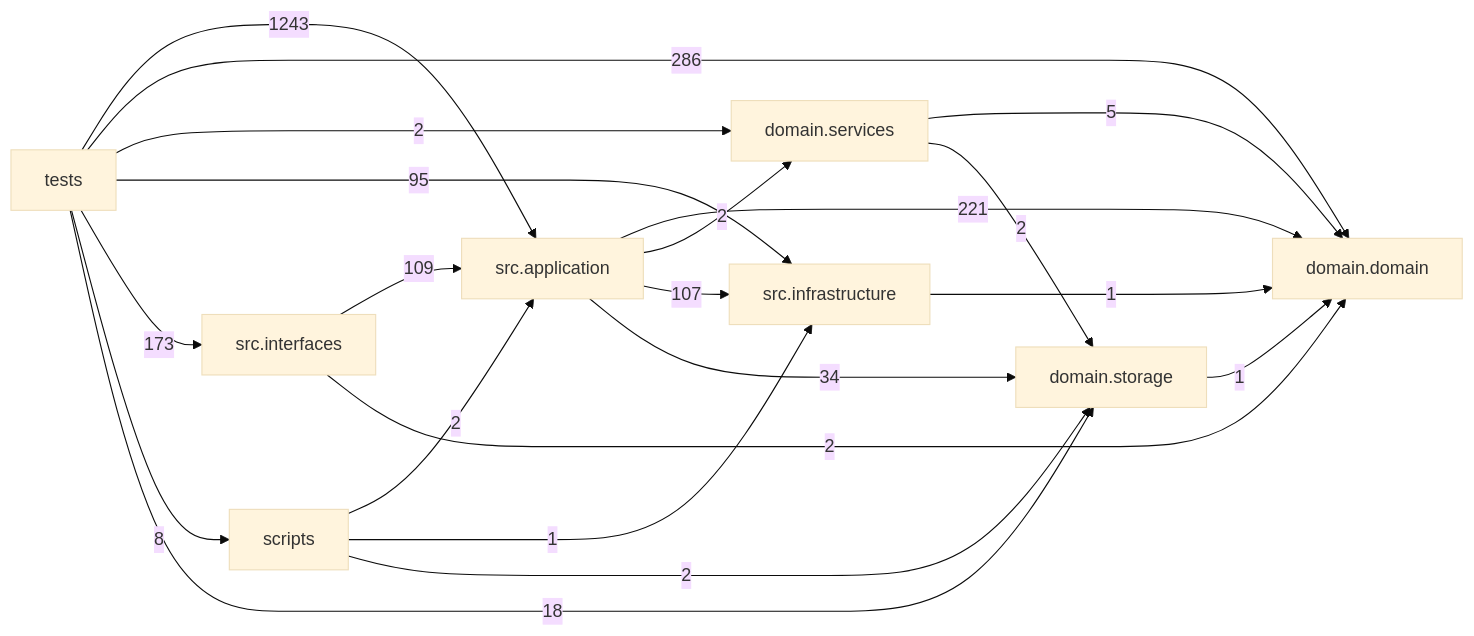
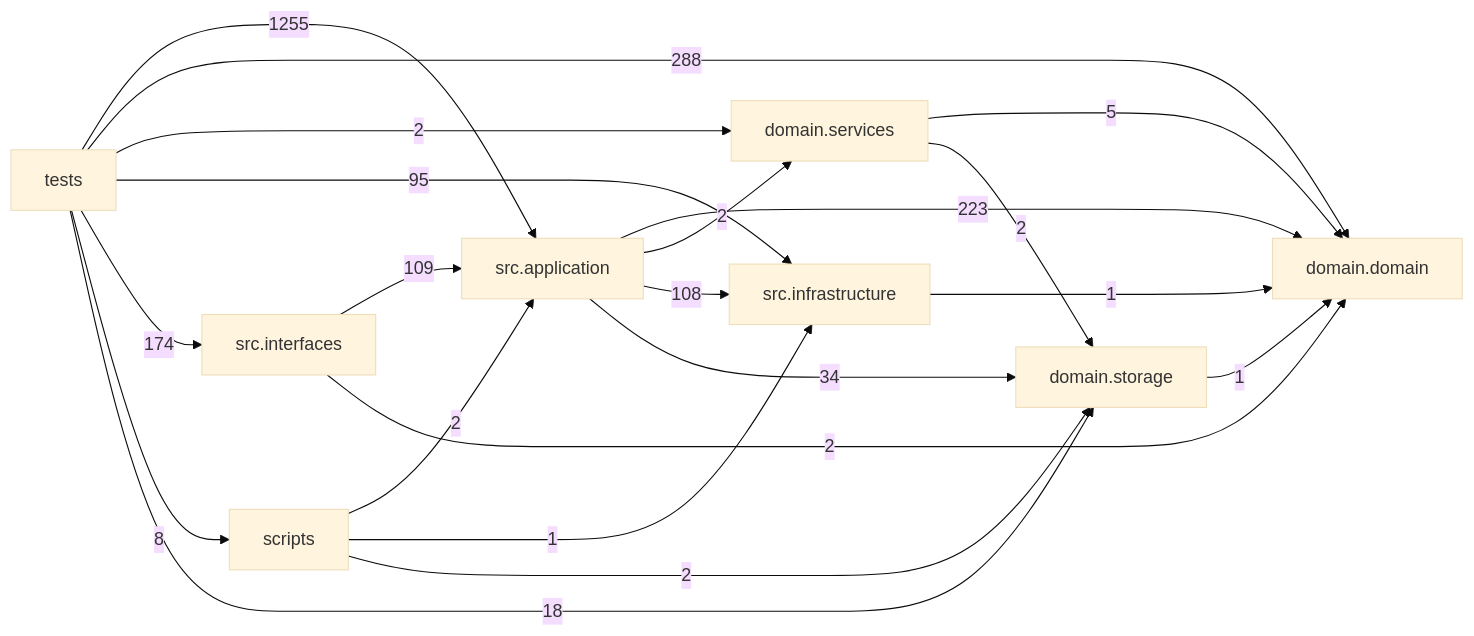
One commit to liuxie066/options-monitor changed the diagram in docs/DEPENDENCY_GRAPH.md. Above: the diagram before and after it, drawn with Mermaid (base theme). The commit also changed other lines of this file and 27 other files, not shown here.

````diff
--- a/docs/DEPENDENCY_GRAPH.md
+++ b/docs/DEPENDENCY_GRAPH.md
@@ -24,31 +24,31 @@
 ```mermaid
 flowchart LR
   tests["tests"]
   scripts["scripts"]
   interfaces["src.interfaces"]
   application["src.application"]
   infrastructure["src.infrastructure"]
   domain_services["domain.services"]
   domain["domain.domain"]
   storage["domain.storage"]
-  application -->|221| domain
+  application -->|223| domain
   application -->|2| domain_services
-  application -->|107| infrastructure
+  application -->|108| infrastructure
   application -->|34| storage
   domain_services -->|5| domain
   domain_services -->|2| storage
   infrastructure -->|1| domain
   interfaces -->|109| application
   interfaces -->|2| domain
   scripts -->|2| application
   scripts -->|1| infrastructure
   scripts -->|2| storage
   storage -->|1| domain
-  tests -->|1243| application
-  tests -->|286| domain
+  tests -->|1255| application
+  tests -->|288| domain
   tests -->|2| domain_services
   tests -->|95| infrastructure
-  tests -->|173| interfaces
+  tests -->|174| interfaces
   tests -->|8| scripts
   tests -->|18| storage
 ```
````
